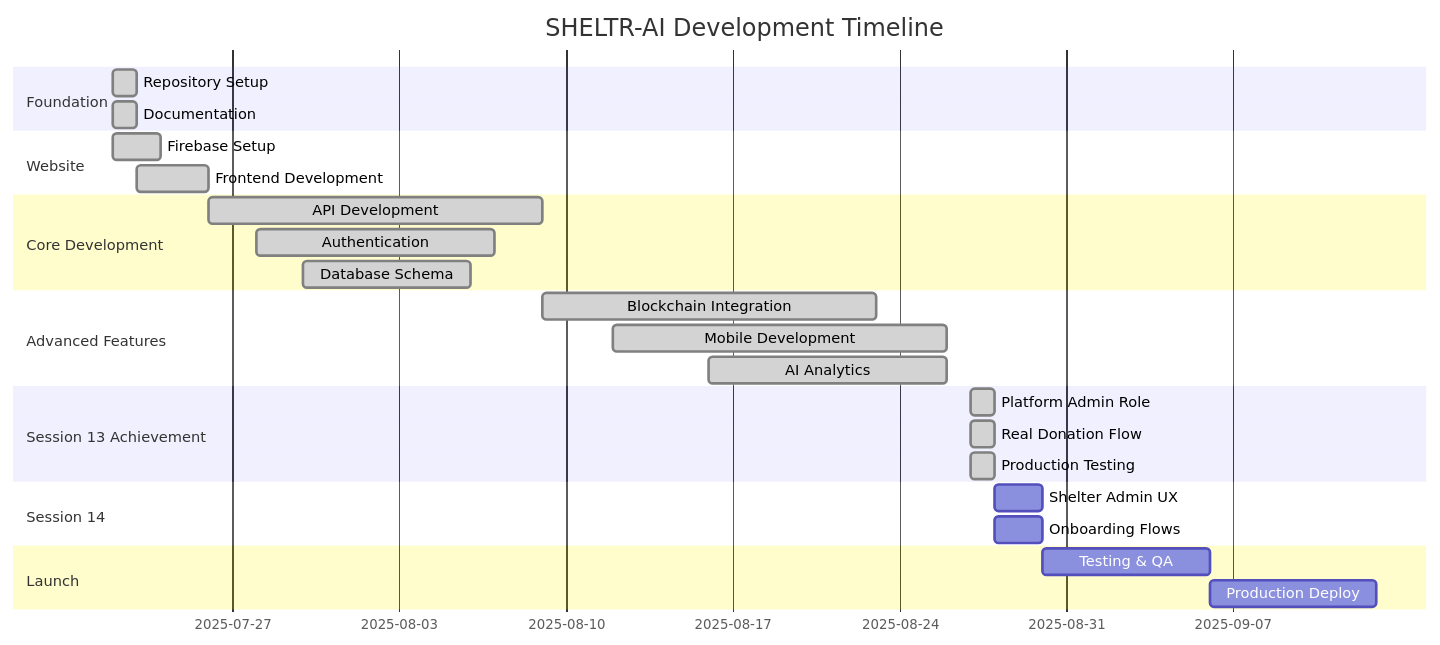
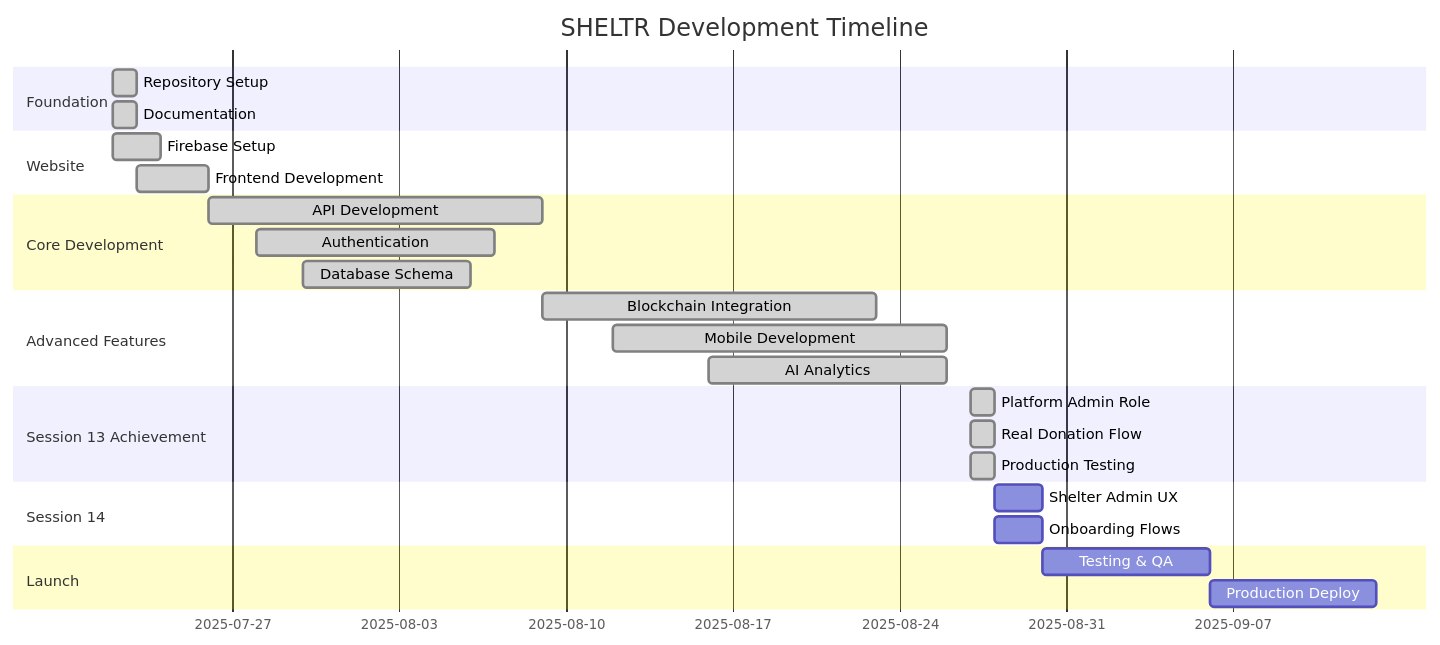
Before and after one commit to mrj0nesmtl/sheltr-ai: the diagram in docs/04-development/dev-roadmap.md, drawn with Mermaid. The commit also changed other lines of this file and 40 other files, not shown here.

````diff
--- a/docs/04-development/dev-roadmap.md
+++ b/docs/04-development/dev-roadmap.md
@@ -27,29 +27,29 @@
 ```mermaid
 gantt
-    title SHELTR-AI Development Timeline
+    title SHELTR Development Timeline
     dateFormat  YYYY-MM-DD
     section Foundation
     Repository Setup     :done, 2025-07-22, 1d
     Documentation       :done, 2025-07-22, 1d
     section Website
     Firebase Setup      :done, 2025-07-22, 2d
     Frontend Development :done, 2025-07-23, 3d
     section Core Development
     API Development     :done, 2025-07-26, 14d
     Authentication      :done, 2025-07-28, 10d
     Database Schema     :done, 2025-07-30, 7d
     section Advanced Features
     Blockchain Integration :done, 2025-08-09, 14d
     Mobile Development  :done, 2025-08-12, 14d
     AI Analytics       :done, 2025-08-16, 10d
     section Session 13 Achievement
     Platform Admin Role    :done, 2025-08-27, 1d
     Real Donation Flow     :done, 2025-08-27, 1d
     Production Testing     :done, 2025-08-27, 1d
     section Session 14
     Shelter Admin UX       :2025-08-28, 2d
     Onboarding Flows      :2025-08-28, 2d
     section Launch
     Testing & QA       :2025-08-30, 7d
     Production Deploy  :2025-09-06, 7d
 ```
````
